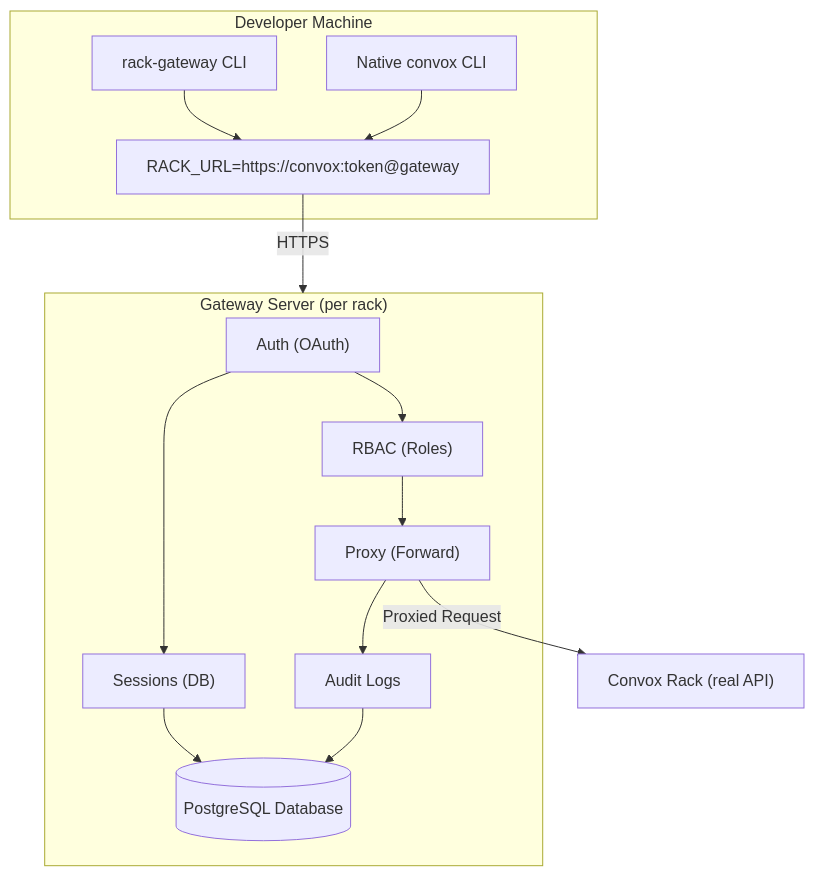
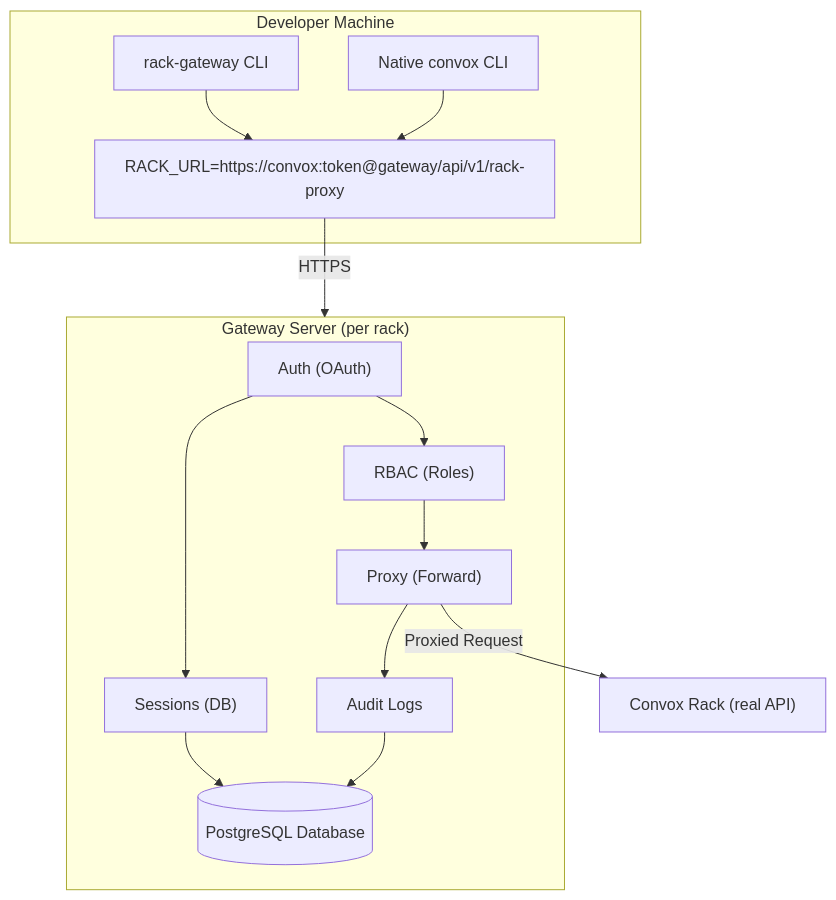
The first of 2 diagrams in docs/src/content/docs/getting-started/architecture.mdx (DocSpring/rack-gateway), drawn with Mermaid before and after one commit. The commit also changed other lines of this file and 52 other files, not shown here.

````diff
--- a/docs/src/content/docs/getting-started/architecture.mdx
+++ b/docs/src/content/docs/getting-started/architecture.mdx
@@ -18,26 +18,26 @@
 ```mermaid
 flowchart TB
     subgraph Developer["Developer Machine"]
         CLI["rack-gateway CLI"]
         Convox["Native convox CLI"]
-        CLI --> RACKURL["RACK_URL=https://convox:token@gateway"]
+        CLI --> RACKURL["RACK_URL=https://convox:token@gateway/api/v1/rack-proxy"]
         Convox --> RACKURL
     end
 
     RACKURL -->|HTTPS| Gateway
 
     subgraph Gateway["Gateway Server (per rack)"]
         Auth["Auth (OAuth)"]
         RBAC["RBAC (Roles)"]
         Proxy["Proxy (Forward)"]
         Sessions["Sessions (DB)"]
         Audit["Audit Logs"]
         DB[("PostgreSQL Database")]
 
         Auth --> RBAC --> Proxy
         Auth --> Sessions --> DB
         Proxy --> Audit --> DB
     end
 
     Proxy -->|Proxied Request| ConvoxRack["Convox Rack (real API)"]
 ```
````
